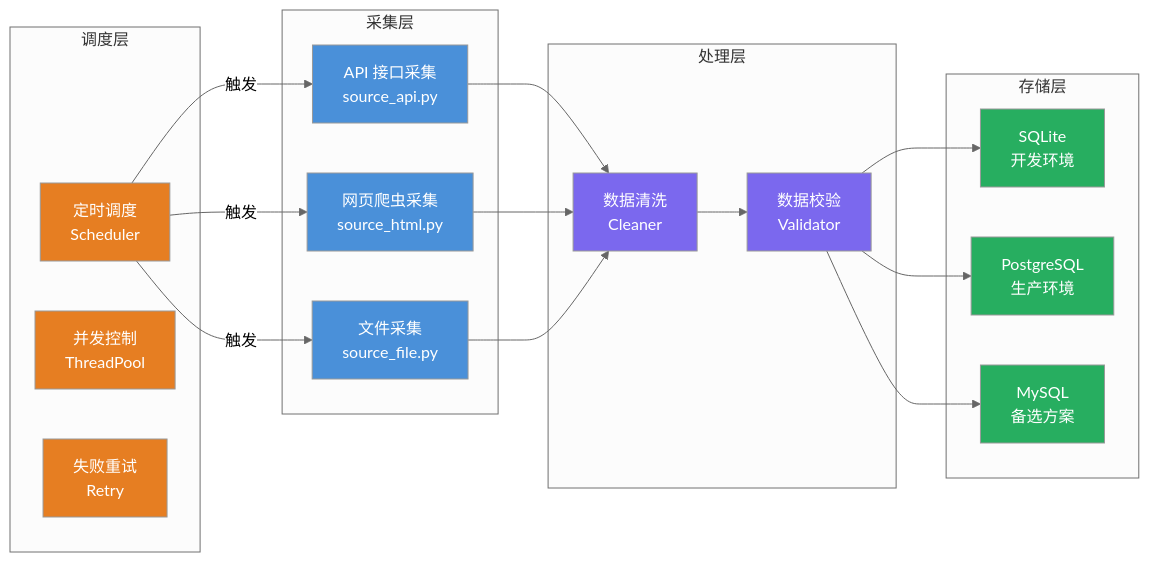
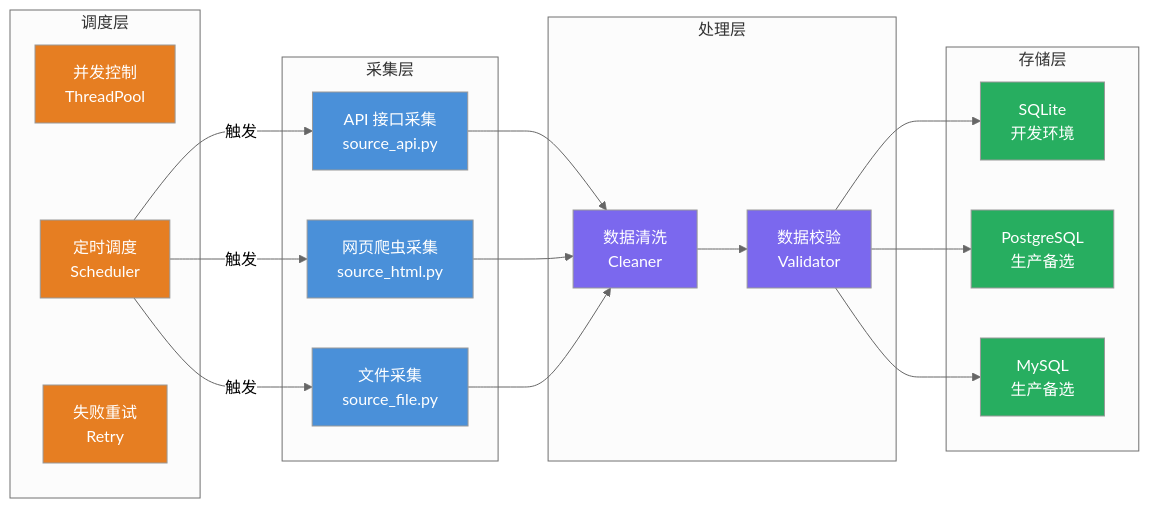
The diagram in README.md (hollson/spider_awesome), drawn with Mermaid (neutral theme) before and after one commit. The commit also changed 2 other files, not shown here.

Commit message:
docs: 更新文档里的存储层和调度层配置
统一修正中英文文档里的存储层标签与调度层组件顺序和触发关系

````diff
--- a/README.md
+++ b/README.md
@@ -30,42 +30,42 @@
 ```mermaid
 graph LR
     subgraph 采集层
         A1["API 接口采集<br/>source_api.py"]
         A2["网页爬虫采集<br/>source_html.py"]
         A3["文件采集<br/>source_file.py"]
     end
 
     subgraph 处理层
         B1["数据清洗<br/>Cleaner"]
         B2["数据校验<br/>Validator"]
     end
 
     subgraph 存储层
         C1["SQLite<br/>开发环境"]
-        C2["PostgreSQL<br/>生产环境"]
-        C3["MySQL<br/>备选方案"]
+        C2["PostgreSQL<br/>生产备选"]
+        C3["MySQL<br/>生产备选"]
     end
 
     subgraph 调度层
-        D1["定时调度<br/>Scheduler"]
-        D2["并发控制<br/>ThreadPool"]
+        D1["并发控制<br/>ThreadPool"]
+        D2["定时调度<br/>Scheduler"]
         D3["失败重试<br/>Retry"]
     end
 
     A1 & A2 & A3 --> B1
     B1 --> B2
     B2 --> C1 & C2 & C3
-    D1 -->|触发| A1 & A2 & A3
+    D2 -->|触发| A1 & A2 & A3
 
     style A1 fill:#4A90D9,color:#fff
     style A2 fill:#4A90D9,color:#fff
     style A3 fill:#4A90D9,color:#fff
     style B1 fill:#7B68EE,color:#fff
     style B2 fill:#7B68EE,color:#fff
     style C1 fill:#27AE60,color:#fff
     style C2 fill:#27AE60,color:#fff
     style C3 fill:#27AE60,color:#fff
     style D1 fill:#E67E22,color:#fff
     style D2 fill:#E67E22,color:#fff
     style D3 fill:#E67E22,color:#fff
 ```
````
